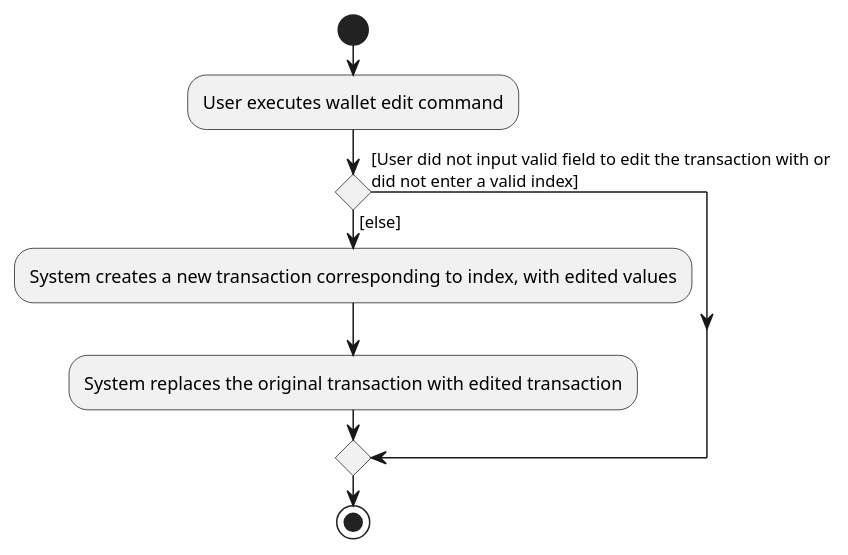
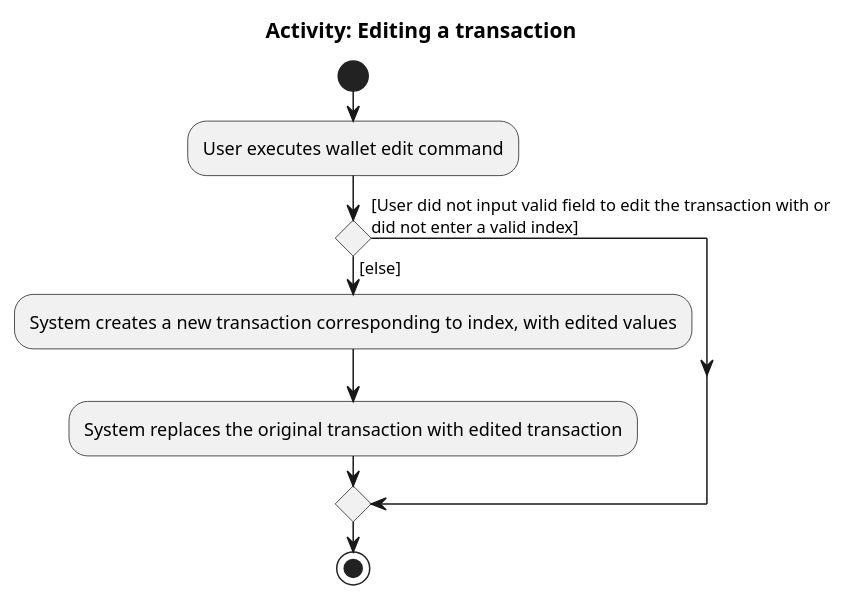
The diagram in docs/diagrams/WalletEditActivityDiagram.puml (syinyichen/main), drawn with PlantUML before and after one commit. The commit also changed 16 other files, not shown here.

```diff
--- a/docs/diagrams/WalletEditActivityDiagram.puml
+++ b/docs/diagrams/WalletEditActivityDiagram.puml
@@ -1,12 +1,14 @@
 @startuml
 start
+title Activity: Editing a transaction
+
 :User executes wallet edit command;
 
 if () then ([User did not input valid field to edit the transaction with or
 did not enter a valid index])
 else ([else])
         :System creates a new transaction corresponding to index, with edited values;
         :System replaces the original transaction with edited transaction;
 endif
 stop
 @enduml
```
